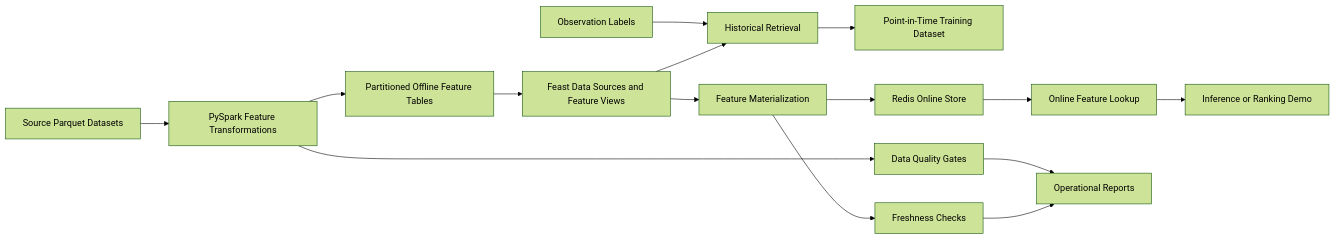
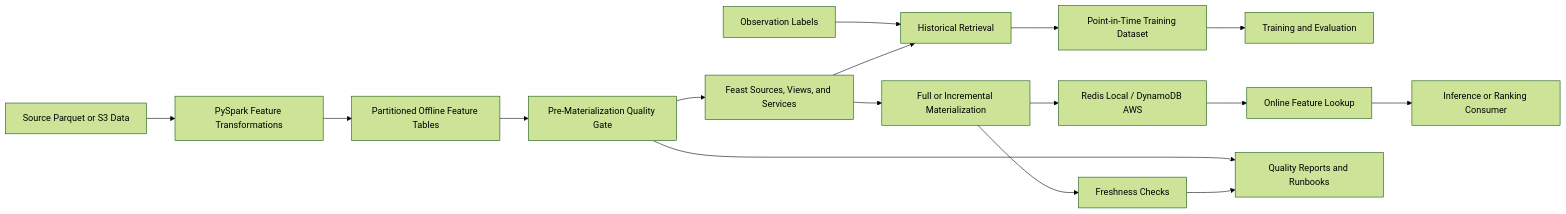
The second of 2 diagrams in ARCHITECTURE.md (oster-dev/featureforge), drawn with Mermaid (forest theme) before and after one commit. The commit also changed other lines of this file and 2 other files, not shown here.

First line of the commit message:
docs: document end-to-end Feast serving architecture

````diff
--- a/ARCHITECTURE.md
+++ b/ARCHITECTURE.md
@@ -1358,23 +927,22 @@
 ```mermaid
 flowchart LR
-    A[Source Parquet Datasets] --> B[PySpark Feature Transformations]
-    B --> C[Partitioned Offline Feature Tables]
-    C --> D[Feast Data Sources and Feature Views]
+    Source[Source Parquet or S3 Data] --> Spark[PySpark Feature Transformations]
+    Spark --> Offline[Partitioned Offline Feature Tables]
 
+    Offline --> Gate[Pre-Materialization Quality Gate]
+    Gate --> Feast[Feast Sources, Views, and Services]
 
-    E[Observation Labels] --> F[Historical Retrieval]
-    D --> F
-    F --> G[Point-in-Time Training Dataset]
+    Labels[Observation Labels] --> Historical[Historical Retrieval]
+    Feast --> Historical
+    Historical --> Training[Point-in-Time Training Dataset]
+    Training --> ML[Training and Evaluation]
 
+    Feast --> Materialize[Full or Incremental Materialization]
+    Materialize --> Online[Redis Local / DynamoDB AWS]
+    Online --> Serving[Online Feature Lookup]
+    Serving --> Consumer[Inference or Ranking Consumer]
 
-    D --> H[Feature Materialization]
-    H --> I[Redis Online Store]
-    I --> J[Online Feature Lookup]
-    J --> K[Inference or Ranking Demo]
-
-
-    B --> L[Data Quality Gates]
-    H --> M[Freshness Checks]
-    L --> N[Operational Reports]
-    M --> N
+    Gate --> Reports[Quality Reports and Runbooks]
+    Materialize --> Freshness[Freshness Checks]
+    Freshness --> Reports
 ```
````
